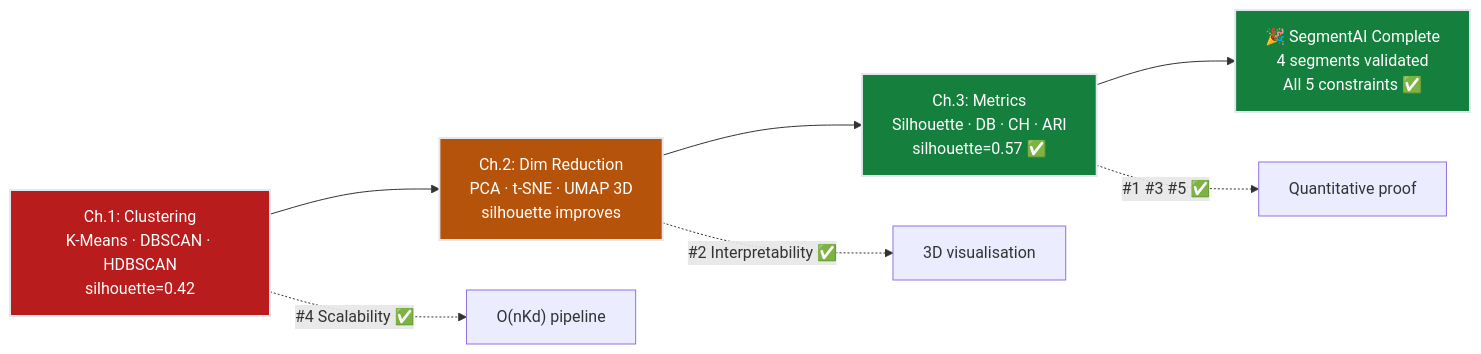
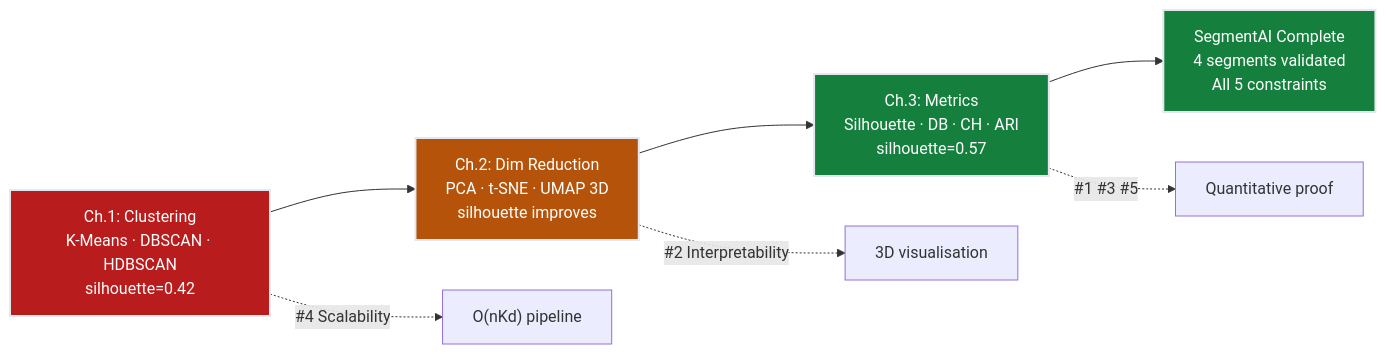
Before and after one commit to dsgouda7/ai-portfolio: the fourth of 4 diagrams in notes/01-ml/07-unsupervised-learning/ch03_unsupervised_metrics/README.md, drawn with Mermaid. The commit also changed other lines of this file and 179 other files, not shown here.

````diff
--- a/notes/01-ml/07-unsupervised-learning/ch03_unsupervised_metrics/README.md
+++ b/notes/01-ml/07-unsupervised-learning/ch03_unsupervised_metrics/README.md
@@ -627,13 +627,13 @@
 ```mermaid
 flowchart LR
-    A["Ch.1: Clustering\nK-Means · DBSCAN · HDBSCAN\nsilhouette=0.42"] --> B["Ch.2: Dim Reduction\nPCA · t-SNE · UMAP 3D\nsilhouette improves"]
-    B --> C["Ch.3: Metrics\nSilhouette · DB · CH · ARI\nsilhouette=0.57 ✅"]
-    C --> D["🎉 SegmentAI Complete\n4 segments validated\nAll 5 constraints ✅"]
-    A -.->|"#4 Scalability ✅"| E["O(nKd) pipeline"]
-    B -.->|"#2 Interpretability ✅"| F["3D visualisation"]
-    C -.->|"#1 #3 #5 ✅"| G["Quantitative proof"]
-    style A fill:#b91c1c,stroke:#e2e8f0,stroke-width:2px,color:#fff
-    style B fill:#b45309,stroke:#e2e8f0,stroke-width:2px,color:#fff
-    style C fill:#15803d,stroke:#e2e8f0,stroke-width:2px,color:#fff
-    style D fill:#15803d,stroke:#e2e8f0,stroke-width:2px,color:#fff
+ A["Ch.1: Clustering\nK-Means · DBSCAN · HDBSCAN\nsilhouette=0.42"] --> B["Ch.2: Dim Reduction\nPCA · t-SNE · UMAP 3D\nsilhouette improves"]
+ B --> C["Ch.3: Metrics\nSilhouette · DB · CH · ARI\nsilhouette=0.57 "]
+ C --> D[" SegmentAI Complete\n4 segments validated\nAll 5 constraints "]
+ A -.->|"#4 Scalability "| E["O(nKd) pipeline"]
+ B -.->|"#2 Interpretability "| F["3D visualisation"]
+ C -.->|"#1 #3 #5 "| G["Quantitative proof"]
+ style A fill:#b91c1c,stroke:#e2e8f0,stroke-width:2px,color:#fff
+ style B fill:#b45309,stroke:#e2e8f0,stroke-width:2px,color:#fff
+ style C fill:#15803d,stroke:#e2e8f0,stroke-width:2px,color:#fff
+ style D fill:#15803d,stroke:#e2e8f0,stroke-width:2px,color:#fff
 ```
````
